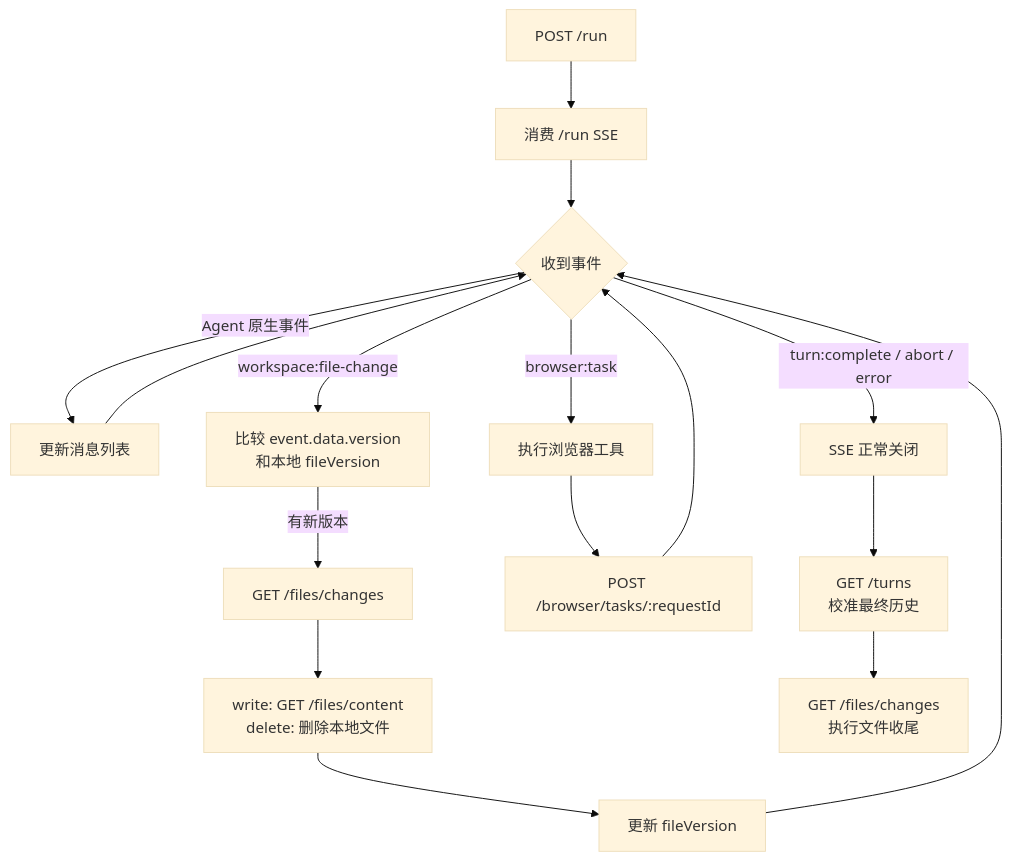
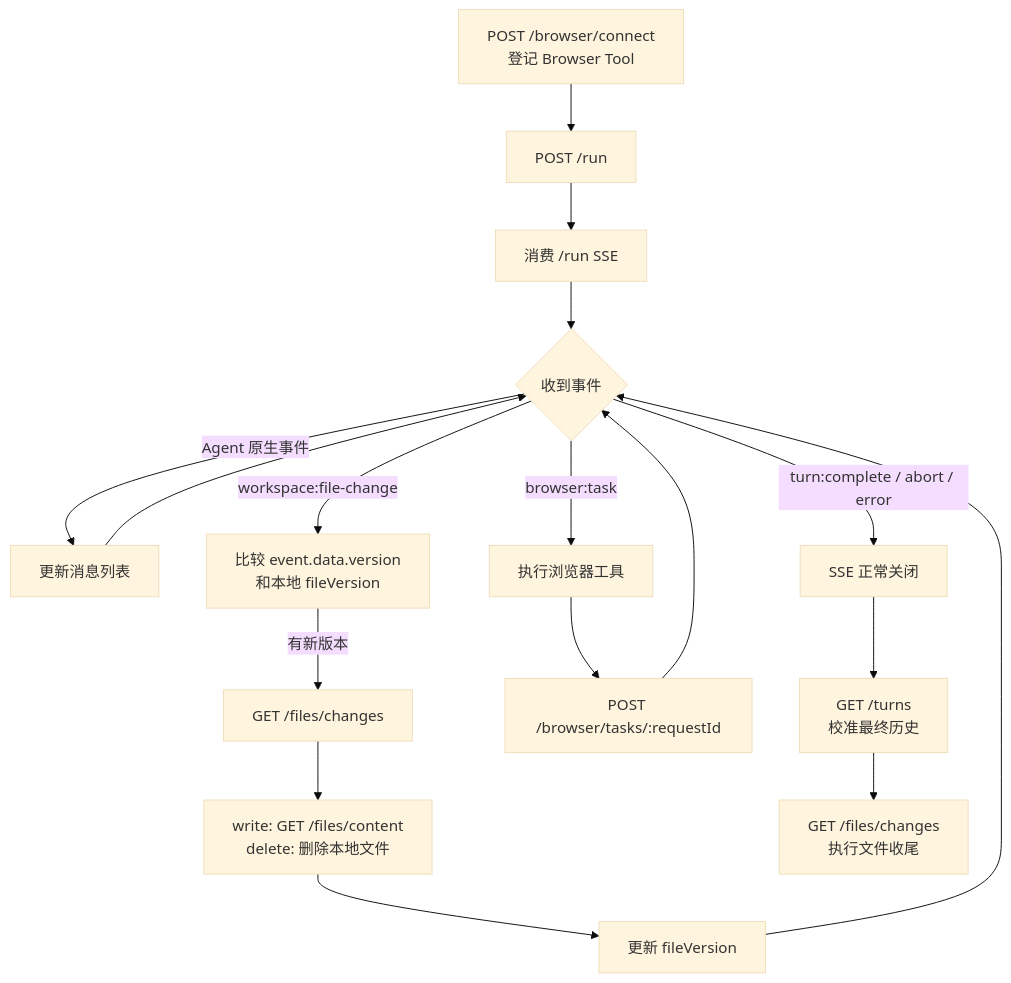
Before and after one commit to mybricks/plugin-ai: the second of 10 diagrams in packages/plugin/src/ui/chat/chat-panel/http-agent-design.md, drawn with Mermaid (base theme). The commit also changed other lines of this file and 3 other files, not shown here.

Commit message:
fix: register browser tools before remote run

````diff
--- a/packages/plugin/src/ui/chat/chat-panel/http-agent-design.md
+++ b/packages/plugin/src/ui/chat/chat-panel/http-agent-design.md
@@ -75,22 +76,23 @@
 ```mermaid
 flowchart TD
-    A["POST /run"] --> B["消费 /run SSE"]
-    B --> C{"收到事件"}
+    A["POST /browser/connect<br/>登记 Browser Tool"] --> B["POST /run"]
+    B --> C["消费 /run SSE"]
+    C --> D{"收到事件"}
 
-    C -->|"Agent 原生事件"| D["更新消息列表"]
-    D --> C
+    D -->|"Agent 原生事件"| E["更新消息列表"]
+    E --> D
 
-    C -->|"workspace:file-change"| E["比较 event.data.version<br/>和本地 fileVersion"]
-    E -->|"有新版本"| F["GET /files/changes"]
-    F --> G["write: GET /files/content<br/>delete: 删除本地文件"]
-    G --> H["更新 fileVersion"]
-    H --> C
+    D -->|"workspace:file-change"| F["比较 event.data.version<br/>和本地 fileVersion"]
+    F -->|"有新版本"| G["GET /files/changes"]
+    G --> H["write: GET /files/content<br/>delete: 删除本地文件"]
+    H --> I["更新 fileVersion"]
+    I --> D
 
-    C -->|"browser:task"| I["执行浏览器工具"]
-    I --> J["POST /browser/tasks/:requestId"]
-    J --> C
+    D -->|"browser:task"| J["执行浏览器工具"]
+    J --> K["POST /browser/tasks/:requestId"]
+    K --> D
 
-    C -->|"turn:complete / abort / error"| K["SSE 正常关闭"]
-    K --> L["GET /turns<br/>校准最终历史"]
-    L --> M["GET /files/changes<br/>执行文件收尾"]
+    D -->|"turn:complete / abort / error"| L["SSE 正常关闭"]
+    L --> M["GET /turns<br/>校准最终历史"]
+    M --> N["GET /files/changes<br/>执行文件收尾"]
 ```
````
